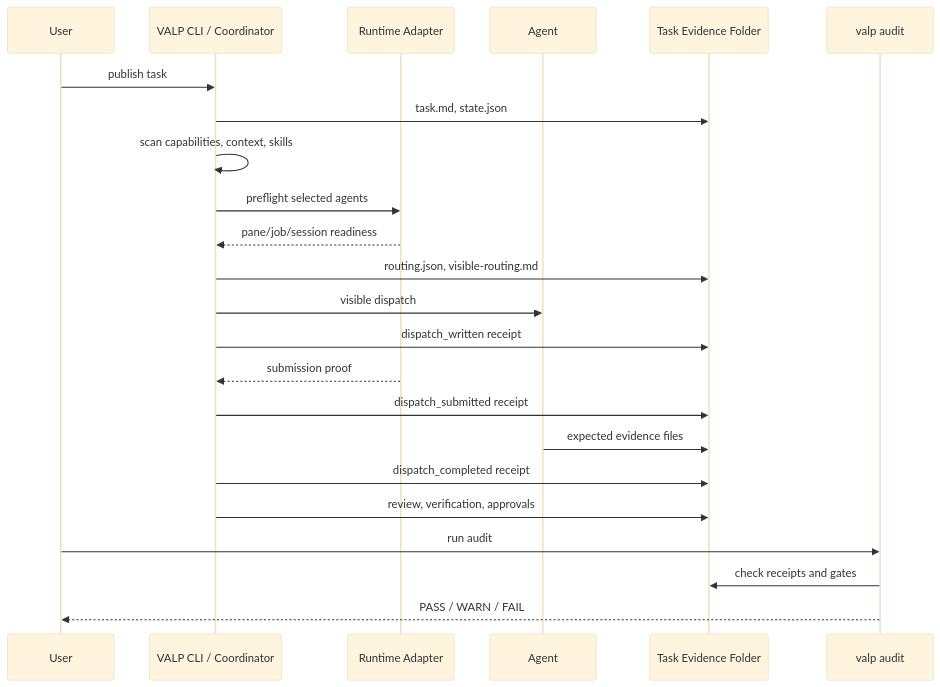
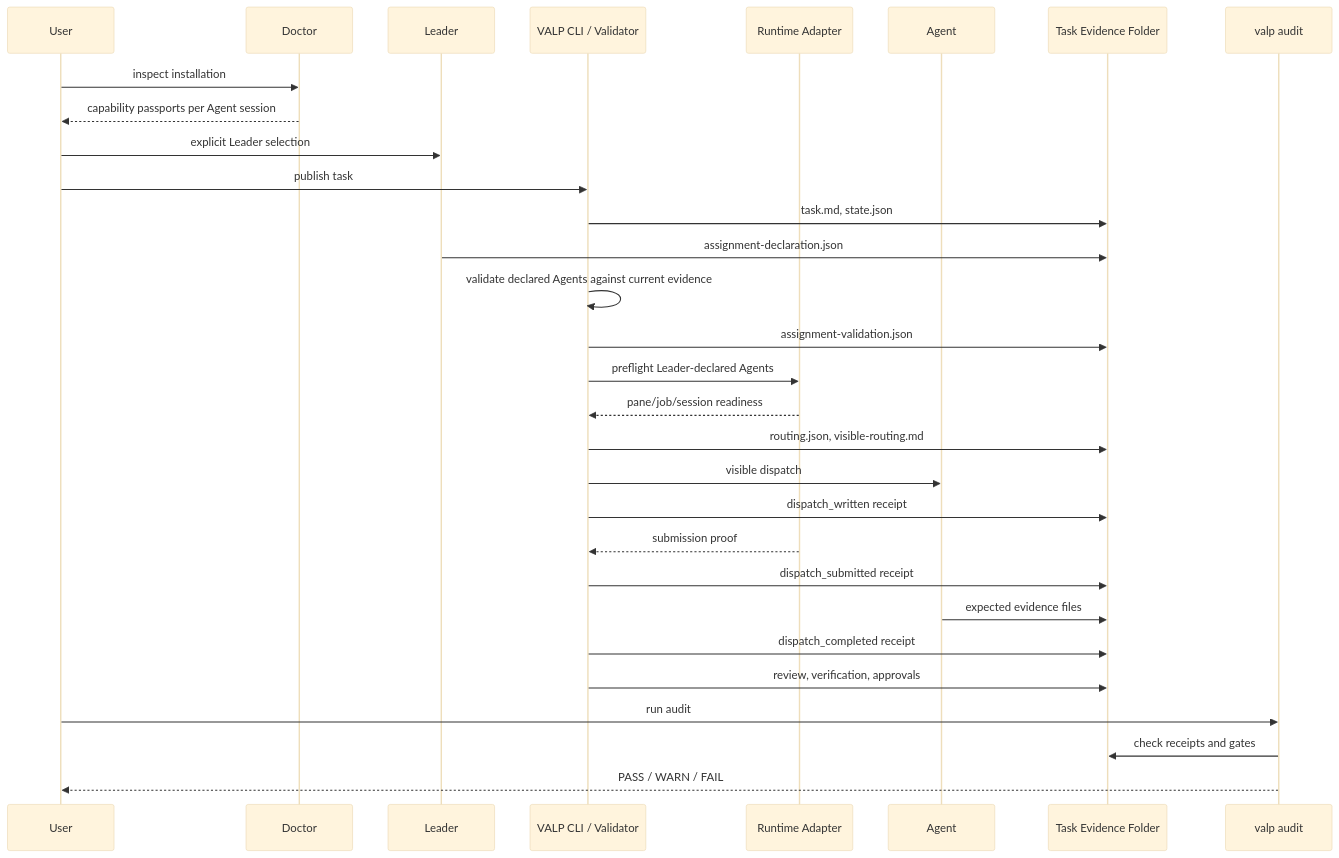
One commit to wcqxgjy6d8-pixel/Visible-Agent-Loop-Protocol changed the diagram in docs/visual-flow.md. Above: the diagram before and after it, drawn with Mermaid (base theme). The commit also changed other lines of this file and 101 other files, not shown here.

Commit message:
test: materialize Doctor Leader redesign candidate v2

````diff
--- a/docs/visual-flow.md
+++ b/docs/visual-flow.md
@@ -7,26 +7,33 @@
 ```mermaid
 sequenceDiagram
     participant User
-    participant VALP as VALP CLI / Coordinator
+    participant Doctor
+    participant Leader
+    participant VALP as VALP CLI / Validator
     participant Runtime as Runtime Adapter
     participant Agent
     participant Evidence as Task Evidence Folder
     participant Audit as valp audit
 
+    User->>Doctor: inspect installation
+    Doctor-->>User: capability passports per Agent session
+    User->>Leader: explicit Leader selection
     User->>VALP: publish task
     VALP->>Evidence: task.md, state.json
-    VALP->>VALP: scan capabilities, context, skills
-    VALP->>Runtime: preflight selected agents
+    Leader->>Evidence: assignment-declaration.json
+    VALP->>VALP: validate declared Agents against current evidence
+    VALP->>Evidence: assignment-validation.json
+    VALP->>Runtime: preflight Leader-declared Agents
     Runtime-->>VALP: pane/job/session readiness
     VALP->>Evidence: routing.json, visible-routing.md
     VALP->>Agent: visible dispatch
     VALP->>Evidence: dispatch_written receipt
     Runtime-->>VALP: submission proof
     VALP->>Evidence: dispatch_submitted receipt
     Agent->>Evidence: expected evidence files
     VALP->>Evidence: dispatch_completed receipt
     VALP->>Evidence: review, verification, approvals
     User->>Audit: run audit
     Audit->>Evidence: check receipts and gates
     Audit-->>User: PASS / WARN / FAIL
 ```
````
